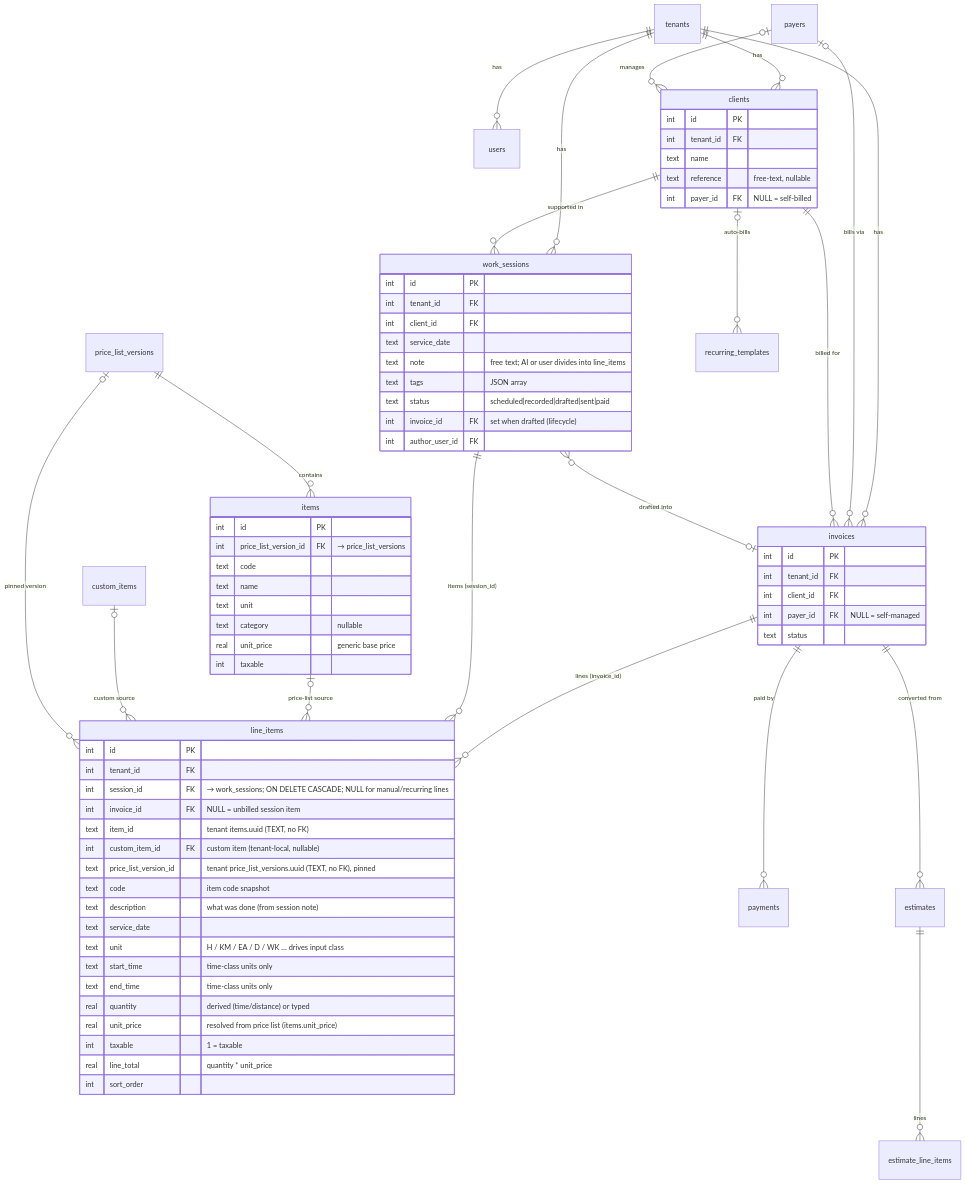
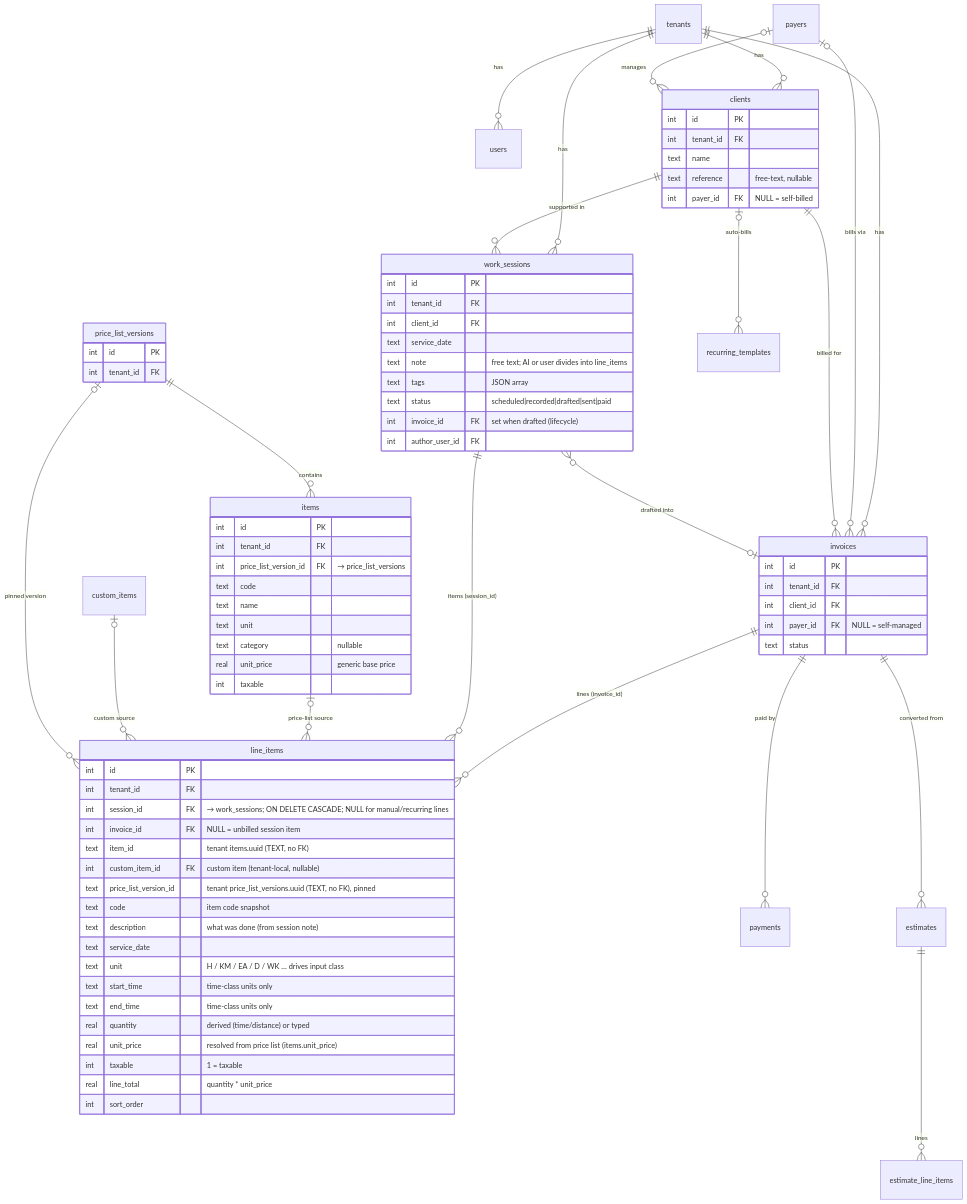
The diagram in docs/data-model.md (dknathalage/tallyo), drawn with Mermaid before and after one commit. The commit also changed other lines of this file and 6 other files, not shown here.

```diff
--- a/docs/data-model.md
+++ b/docs/data-model.md
@@ -105,8 +105,14 @@
         int  payer_id FK "NULL = self-billed"
     }
 
+    price_list_versions {
+        int  id PK
+        int  tenant_id FK
+    }
+
     items {
         int  id PK
+        int  tenant_id FK
         int  price_list_version_id FK "→ price_list_versions"
         text code
         text name
```
